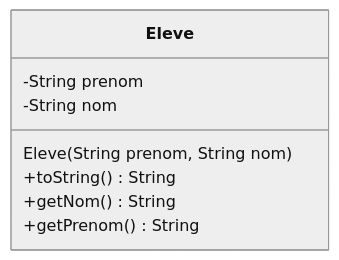
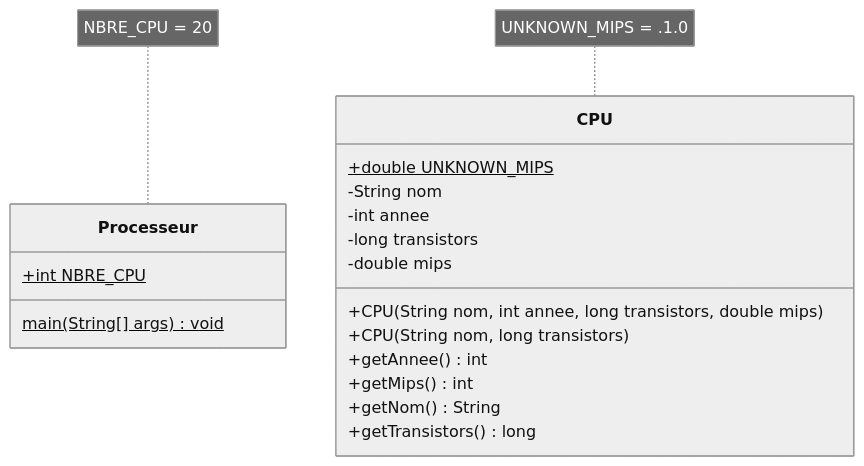
The first of 2 diagrams in README.md (emf-info-d400/Ex03-ProcesseursB), drawn with Mermaid (neutral theme) before and after one commit. The commit also changed other lines of this file and 3 other files, not shown here.

````diff
--- a/README.md
+++ b/README.md
@@ -43,11 +20,24 @@
 ```mermaid
 classDiagram
-class Eleve {
-    -String prenom
+
+class Processeur {
+    +int NBRE_CPU$
+    main(String[] args) void$
+}
+
+class CPU {
+    +double UNKNOWN_MIPS$
     -String nom
-    Eleve(String prenom, String nom)
-    +toString() String
+    -int annee
+    -long transistors
+    -double mips
+    +CPU(String nom, int annee, long transistors, double mips)
+    +CPU(String nom, long transistors)
+    +getAnnee() int
+    +getMips() int
     +getNom() String
-    +getPrenom() String
+    +getTransistors() long
 }
+note for Processeur "NBRE_CPU = 20"
+note for CPU "UNKNOWN_MIPS = .1.0"
 ```
````
